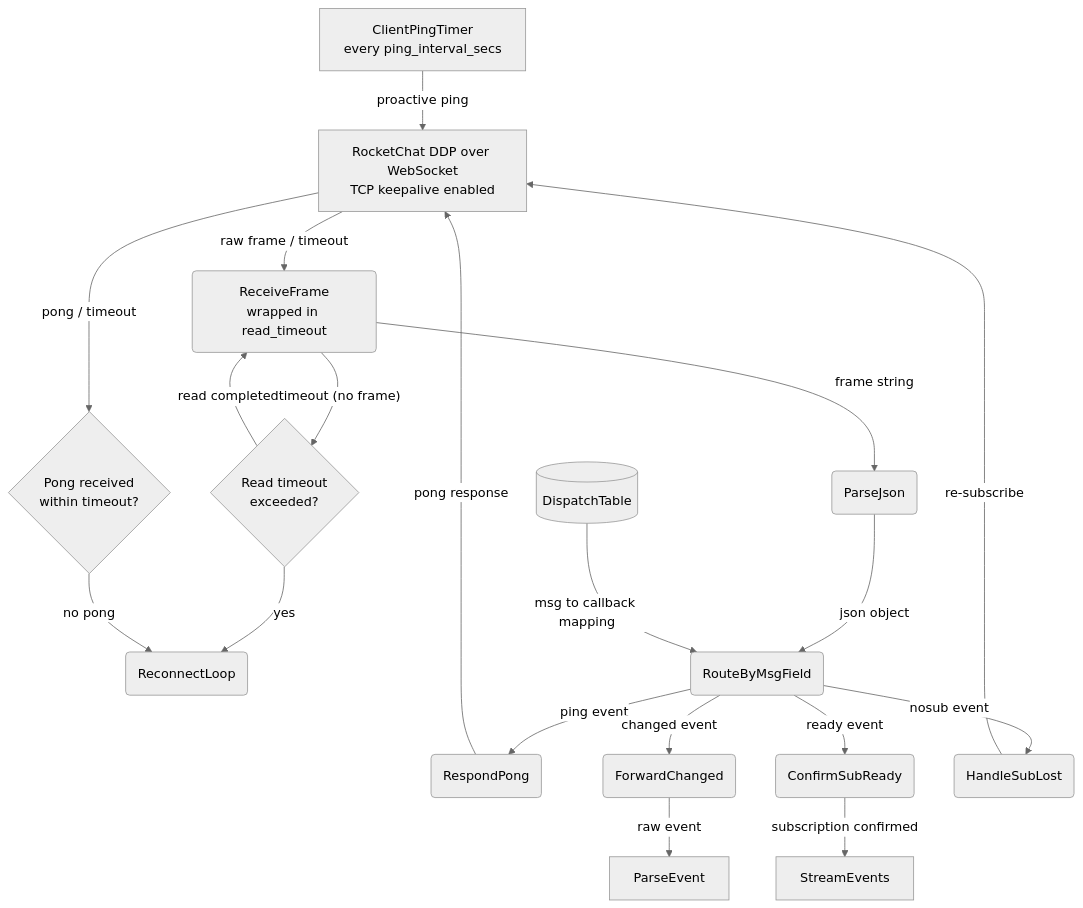
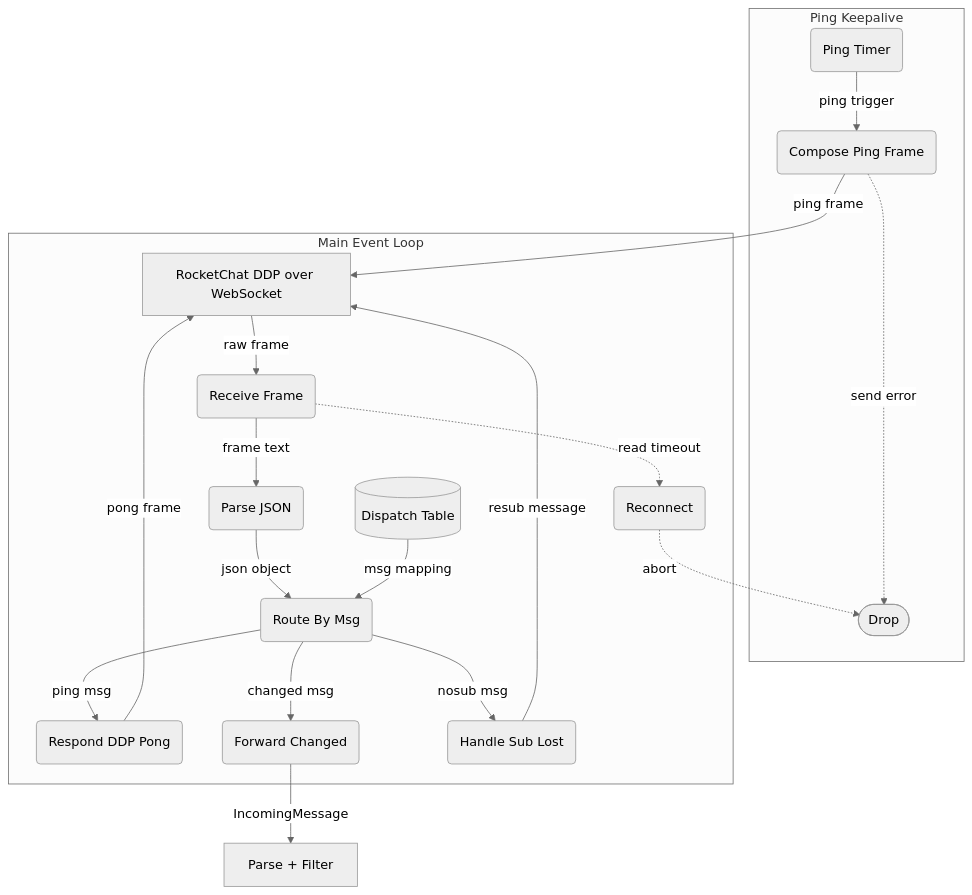
The fifth of 9 diagrams in _dfd/infra/rocketchat.md (cosmoswafer/rockbot), drawn with Mermaid (neutral theme) before and after one commit. The commit also changed other lines of this file and 15 other files, not shown here.

````diff
--- a/_dfd/infra/rocketchat.md
+++ b/_dfd/infra/rocketchat.md
@@ -214,35 +221,39 @@
 ```mermaid
 flowchart TD
-    WS[RocketChat DDP over WebSocket<br/>TCP keepalive enabled]
-    CLI_PING[ClientPingTimer<br/>every ping_interval_secs]
-    PONG_TIMEOUT{Pong received<br/>within timeout?}
-    RECONNECT(ReconnectLoop)
-    RECV(ReceiveFrame<br/>wrapped in read_timeout)
-    PARSE(ParseJson)
-    ROUTE(RouteByMsgField)
-    CMD[(DispatchTable)]
-    PONG(RespondPong)
-    FORWARD(ForwardChanged)
-    ACK_READY(ConfirmSubReady)
-    ACK_NOSUB(HandleSubLost)
-    READ_TIMEOUT{Read timeout<br/>exceeded?}
+    subgraph PING_TASK[Ping Keepalive]
+        SCHED(Ping Timer)
+        PING_SEND(Compose Ping Frame)
+        PING_EXIT([Drop])
 
-    WS -->|"raw frame / timeout"| RECV
-    RECV -->|"timeout (no frame)"| READ_TIMEOUT
-    READ_TIMEOUT -->|"yes"| RECONNECT
-    READ_TIMEOUT -->|"read completed"| RECV
-    RECV -->|"frame string"| PARSE
-    PARSE -->|"json object"| ROUTE
-    CMD -->|"msg to callback mapping"| ROUTE
-    ROUTE -->|"ping event"| PONG
-    PONG -->|"pong response"| WS
-    ROUTE -->|"changed event"| FORWARD
-    FORWARD -->|"raw event"| PARSE_PROC[ParseEvent]
-    ROUTE -->|"ready event"| ACK_READY
-    ACK_READY -->|"subscription confirmed"| STREAM_PROC[StreamEvents]
-    ROUTE -->|"nosub event"| ACK_NOSUB
-    ACK_NOSUB -->|"re-subscribe"| WS
-    CLI_PING -->|"proactive ping"| WS
-    WS -->|"pong / timeout"| PONG_TIMEOUT
-    PONG_TIMEOUT -->|"no pong"| RECONNECT
+        SCHED -->|"ping trigger"| PING_SEND
+        PING_SEND -.->|"send error"| PING_EXIT
+    end
+
+    subgraph EVENT_LOOP[Main Event Loop]
+        RECV(Receive Frame)
+        PARSE(Parse JSON)
+        ROUTE(Route By Msg)
+        CMD[(Dispatch Table)]
+        PONG(Respond DDP Pong)
+        FORWARD(Forward Changed)
+        ACK_NOSUB(Handle Sub Lost)
+        RECONNECT(Reconnect)
+
+        RECV -->|"frame text"| PARSE
+        PARSE -->|"json object"| ROUTE
+        CMD -->|"msg mapping"| ROUTE
+        ROUTE -->|"ping msg"| PONG
+        ROUTE -->|"changed msg"| FORWARD
+        ROUTE -->|"nosub msg"| ACK_NOSUB
+        ACK_NOSUB -->|"resub message"| WS
+    end
+
+    WS[RocketChat DDP over WebSocket]
+
+    PING_SEND -->|"ping frame"| WS
+    WS -->|"raw frame"| RECV
+    PONG -->|"pong frame"| WS
+    FORWARD -->|"IncomingMessage"| DISPATCH[Parse + Filter]
+    RECV -.->|"read timeout"| RECONNECT
+    RECONNECT -.->|"abort"| PING_EXIT
 ```
````
